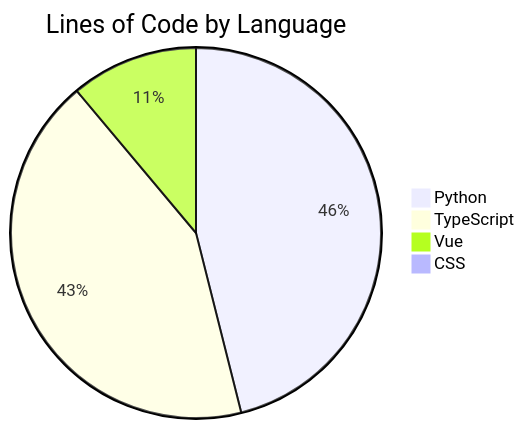
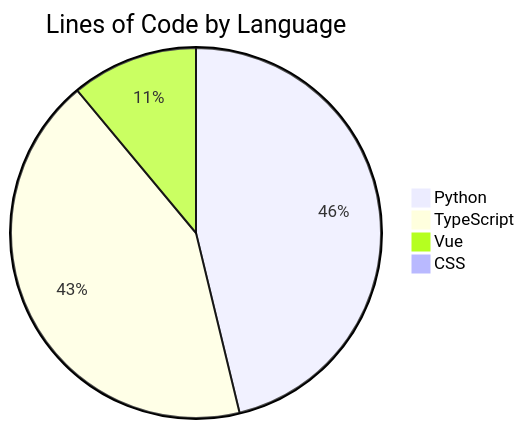
The diagram in README.md (ISW-stack/AI3L-Community), drawn with Mermaid before and after one commit. The commit also changed other lines of this file and 1 other file, not shown here.

````diff
--- a/README.md
+++ b/README.md
@@ -247,7 +247,7 @@
 ```mermaid
 pie title Lines of Code by Language
-    "Python" : 81184
-    "TypeScript" : 75457
-    "Vue" : 19573
+    "Python" : 81912
+    "TypeScript" : 75739
+    "Vue" : 19585
     "CSS" : 109
 ```
````
